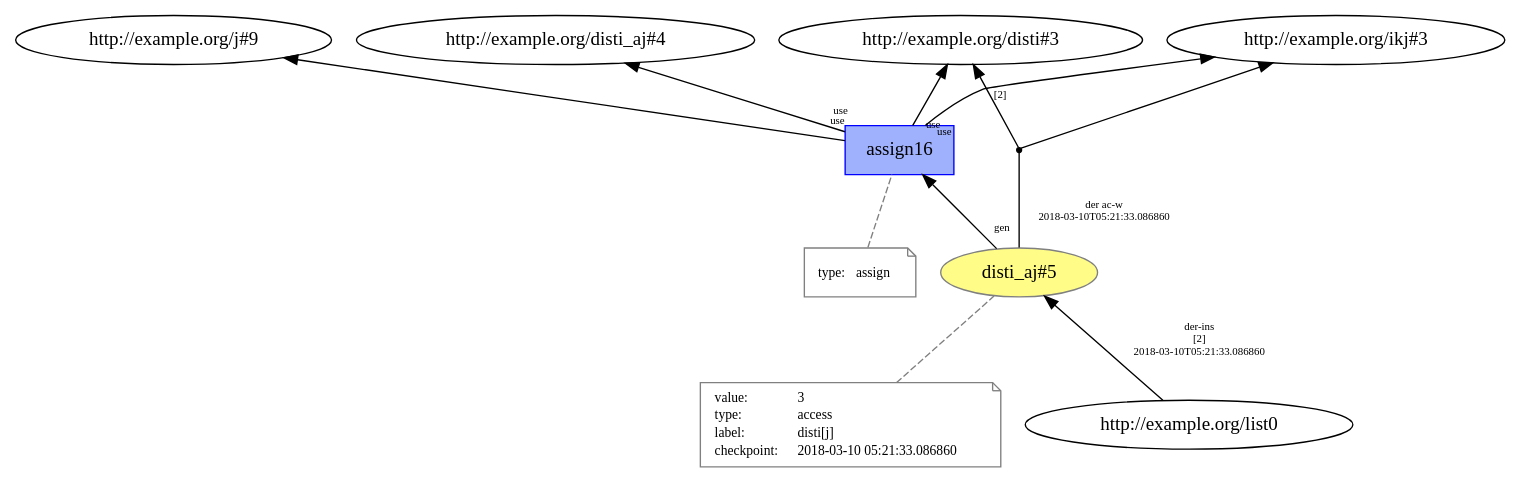
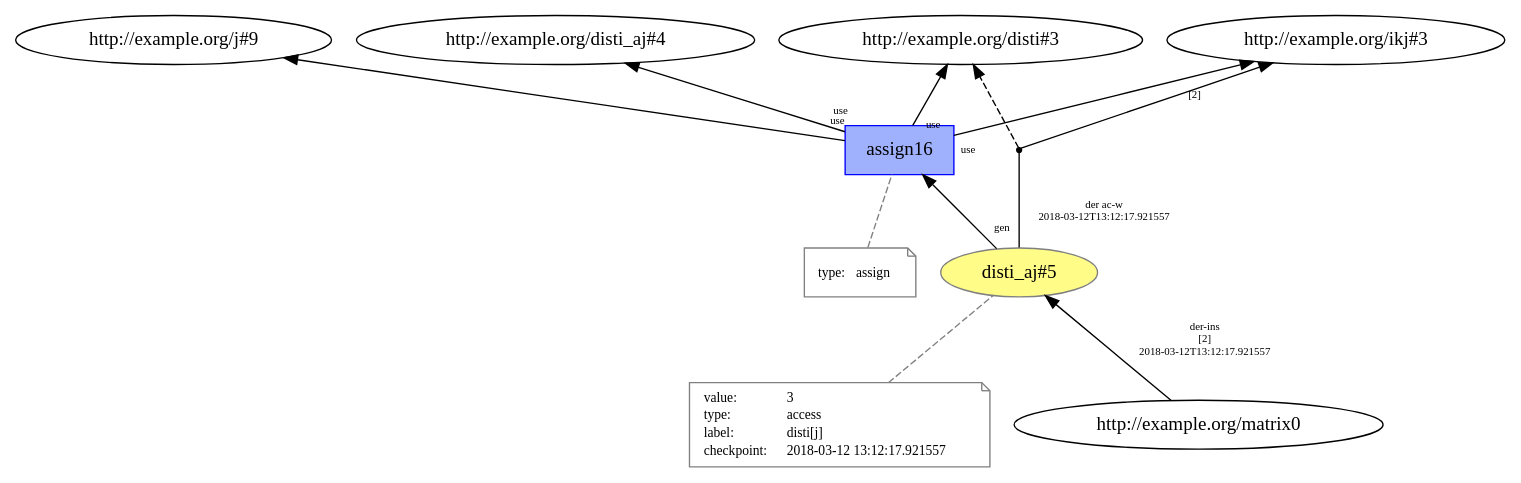
Before and after one commit to dew-uff/versioned-prov: the diagram in generated/versioned_prov/temp/L21__part_assign_with_propagation_2.dot, drawn with Graphviz. The commit also changed 327 other files, not shown here.

```diff
--- a/generated/versioned_prov/temp/L21__part_assign_with_propagation_2.dot
+++ b/generated/versioned_prov/temp/L21__part_assign_with_propagation_2.dot
@@ -1,43 +1,43 @@
 digraph "PROV" { size="16,12"; rankdir="BT";
 "http://example.org/disti_aj#5" [fillcolor="#FFFC87",color="#808080",style="filled",label="disti_aj#5",URL="http://example.org/disti_aj#5"]
 "-attrs0" [color="gray",shape="note",fontsize="10",fontcolor="black",label=<<TABLE cellpadding="0" border="0">
 	<TR>
 	    <TD align="left">value:</TD>
 	    <TD align="left">3</TD>
 	</TR>
 	<TR>
 	    <TD align="left">type:</TD>
 	    <TD align="left">access</TD>
 	</TR>
 	<TR>
 	    <TD align="left">label:</TD>
 	    <TD align="left">disti[j]</TD>
 	</TR>
 	<TR>
 	    <TD align="left">checkpoint:</TD>
-	    <TD align="left">2018-03-10 05:21:33.086860</TD>
+	    <TD align="left">2018-03-12 13:12:17.921557</TD>
 	</TR>
 </TABLE>>]
 "-attrs0" -> "http://example.org/disti_aj#5" [color="gray",style="dashed",arrowhead="none"]
-"http://example.org/list0" -> "http://example.org/disti_aj#5" [fontsize="8",distance="1.5",angle="60.0",rotation="20",label="der-ins
+"http://example.org/matrix0" -> "http://example.org/disti_aj#5" [fontsize="8",distance="1.5",angle="60.0",rotation="20",label="der-ins
 [2]
-2018-03-10T05:21:33.086860"]
+2018-03-12T13:12:17.921557"]
 "http://example.org/assign16" [fillcolor="#9FB1FC",color="#0000FF",shape="polygon",sides="4",style="filled",label="assign16",URL="http://example.org/assign16"]
 "-attrs1" [color="gray",shape="note",fontsize="10",fontcolor="black",label=<<TABLE cellpadding="0" border="0">
 	<TR>
 	    <TD align="left">type:</TD>
 	    <TD align="left">assign</TD>
 	</TR>
 </TABLE>>]
 "-attrs1" -> "http://example.org/assign16" [color="gray",style="dashed",arrowhead="none"]
 "bn0" [shape="point",label=""]
 "http://example.org/disti_aj#5" -> "bn0" [fontsize="8",distance="1.5",angle="60.0",rotation="20",label="der ac-w
-2018-03-10T05:21:33.086860",arrowhead="none"]
-"bn0" -> "http://example.org/disti#3" [fontsize="8",distance="1.5",angle="60.0",rotation="20",label="[2]"]
-"bn0" -> "http://example.org/ikj#3"
+2018-03-12T13:12:17.921557",arrowhead="none"]
+"bn0" -> "http://example.org/disti#3" [style="dashed"]
+"bn0" -> "http://example.org/ikj#3" [fontsize="8",distance="1.5",angle="60.0",rotation="20",label="[2]"]
 "http://example.org/assign16" -> "http://example.org/disti#3" [labelfontsize="8",labeldistance="1.5",labelangle="60.0",rotation="20",taillabel="use"]
 "http://example.org/assign16" -> "http://example.org/j#9" [labelfontsize="8",labeldistance="1.5",labelangle="60.0",rotation="20",taillabel="use"]
 "http://example.org/assign16" -> "http://example.org/disti_aj#4" [labelfontsize="8",labeldistance="1.5",labelangle="60.0",rotation="20",taillabel="use"]
 "http://example.org/assign16" -> "http://example.org/ikj#3" [labelfontsize="8",labeldistance="1.5",labelangle="60.0",rotation="20",taillabel="use"]
 "http://example.org/disti_aj#5" -> "http://example.org/assign16" [labelfontsize="8",labeldistance="1.5",labelangle="60.0",rotation="20",taillabel="gen"]
 }
```
